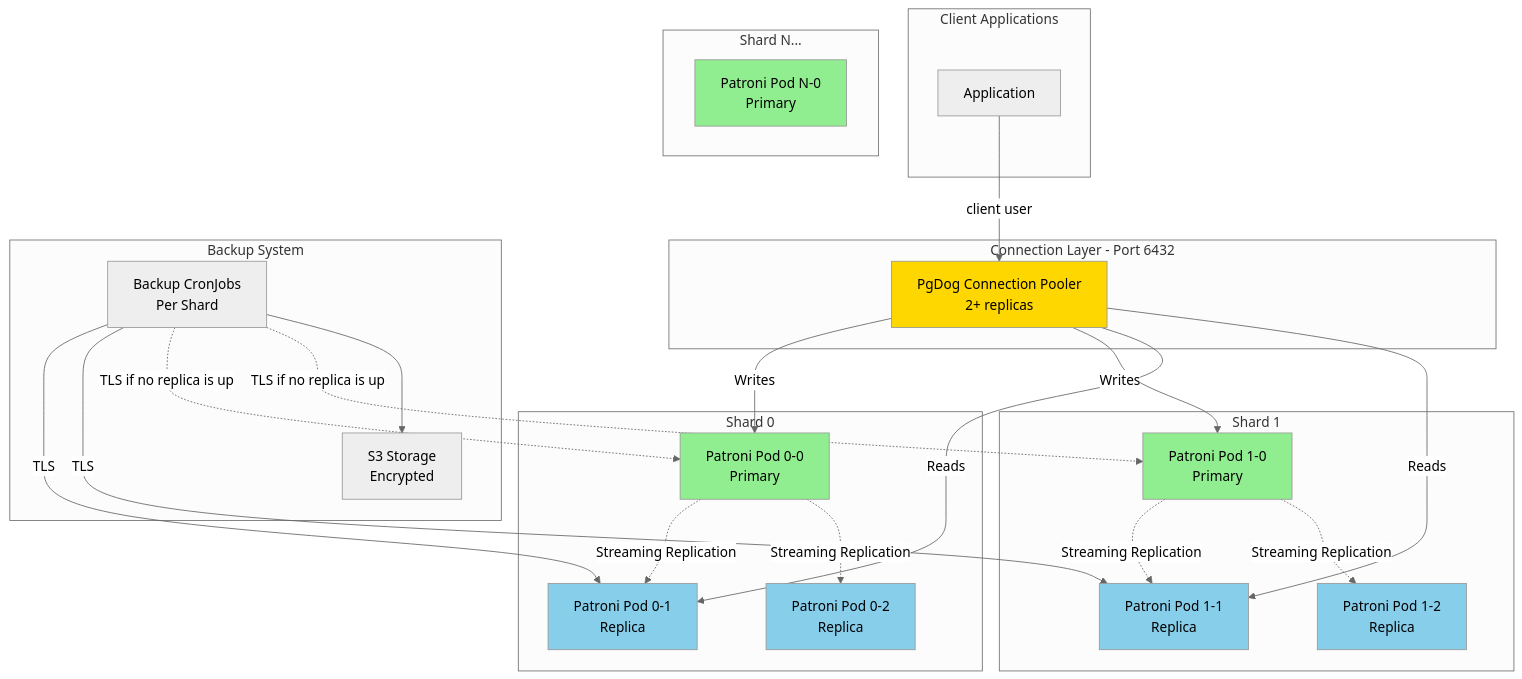
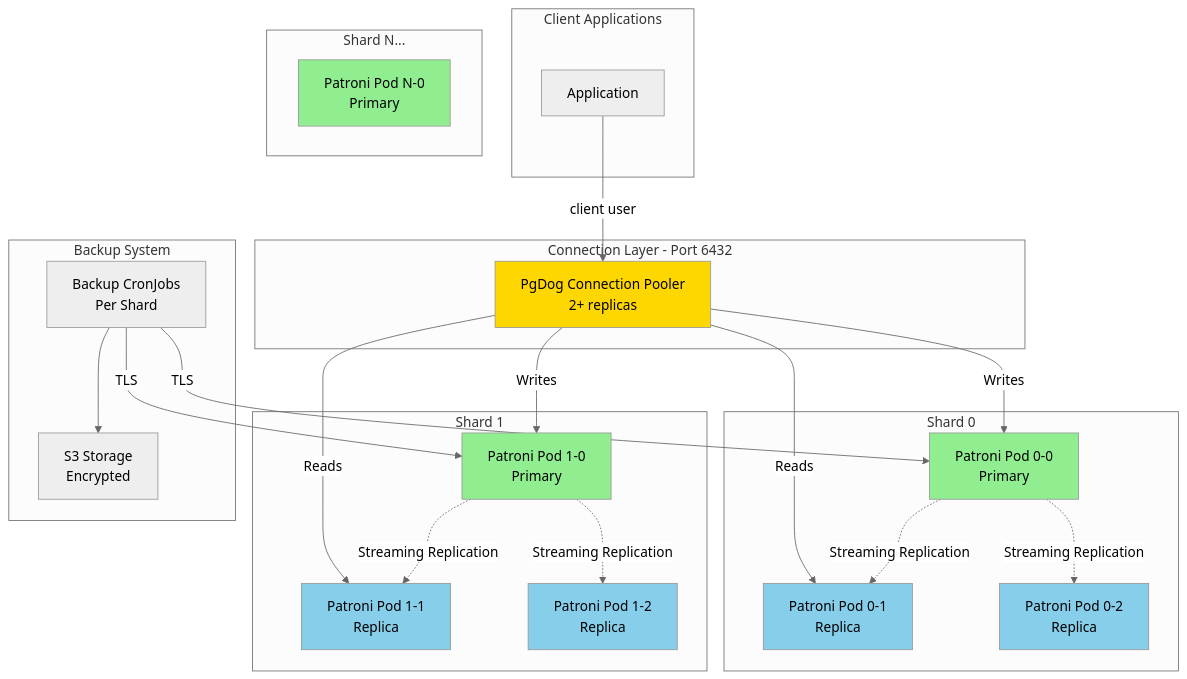
The diagram in packages/postgres/README.md (Pandoks/pandoks.com), drawn with Mermaid (neutral theme) before and after one commit. The commit also changed other lines of this file and 7 other files, not shown here.

First line of the commit message:
update(postgres): leave backup sourcing to #318 and bump the chart to 0.1.7

````diff
--- a/packages/postgres/README.md
+++ b/packages/postgres/README.md
@@ -8,57 +8,55 @@
 ```mermaid
 graph TB
     subgraph "Client Applications"
         App[Application]
     end
 
     subgraph "Connection Layer - Port 6432"
         PgDog[PgDog Connection Pooler<br/>2+ replicas]
     end
 
     subgraph "Shard 0"
         S0P[Patroni Pod 0-0<br/>Primary]
         S0R1[Patroni Pod 0-1<br/>Replica]
         S0R2[Patroni Pod 0-2<br/>Replica]
     end
 
     subgraph "Shard 1"
         S1P[Patroni Pod 1-0<br/>Primary]
         S1R1[Patroni Pod 1-1<br/>Replica]
         S1R2[Patroni Pod 1-2<br/>Replica]
     end
 
     subgraph "Shard N..."
         SNP[Patroni Pod N-0<br/>Primary]
     end
 
     subgraph "Backup System"
         BackupJobs[Backup CronJobs<br/>Per Shard]
         S3[S3 Storage<br/>Encrypted]
     end
 
     App -->|client user| PgDog
     PgDog -->|Writes| S0P
     PgDog -->|Writes| S1P
     PgDog -->|Reads| S0R1
     PgDog -->|Reads| S1R1
 
     S0P -.->|Streaming Replication| S0R1
     S0P -.->|Streaming Replication| S0R2
     S1P -.->|Streaming Replication| S1R1
     S1P -.->|Streaming Replication| S1R2
 
-    BackupJobs -->|TLS| S0R1
-    BackupJobs -->|TLS| S1R1
-    BackupJobs -.->|TLS if no replica is up| S0P
-    BackupJobs -.->|TLS if no replica is up| S1P
+    BackupJobs -->|TLS| S0P
+    BackupJobs -->|TLS| S1P
     BackupJobs --> S3
 
     style S0P fill:#90EE90
     style S1P fill:#90EE90
     style SNP fill:#90EE90
     style S0R1 fill:#87CEEB
     style S0R2 fill:#87CEEB
     style S1R1 fill:#87CEEB
     style S1R2 fill:#87CEEB
     style PgDog fill:#FFD700
 ```
````
